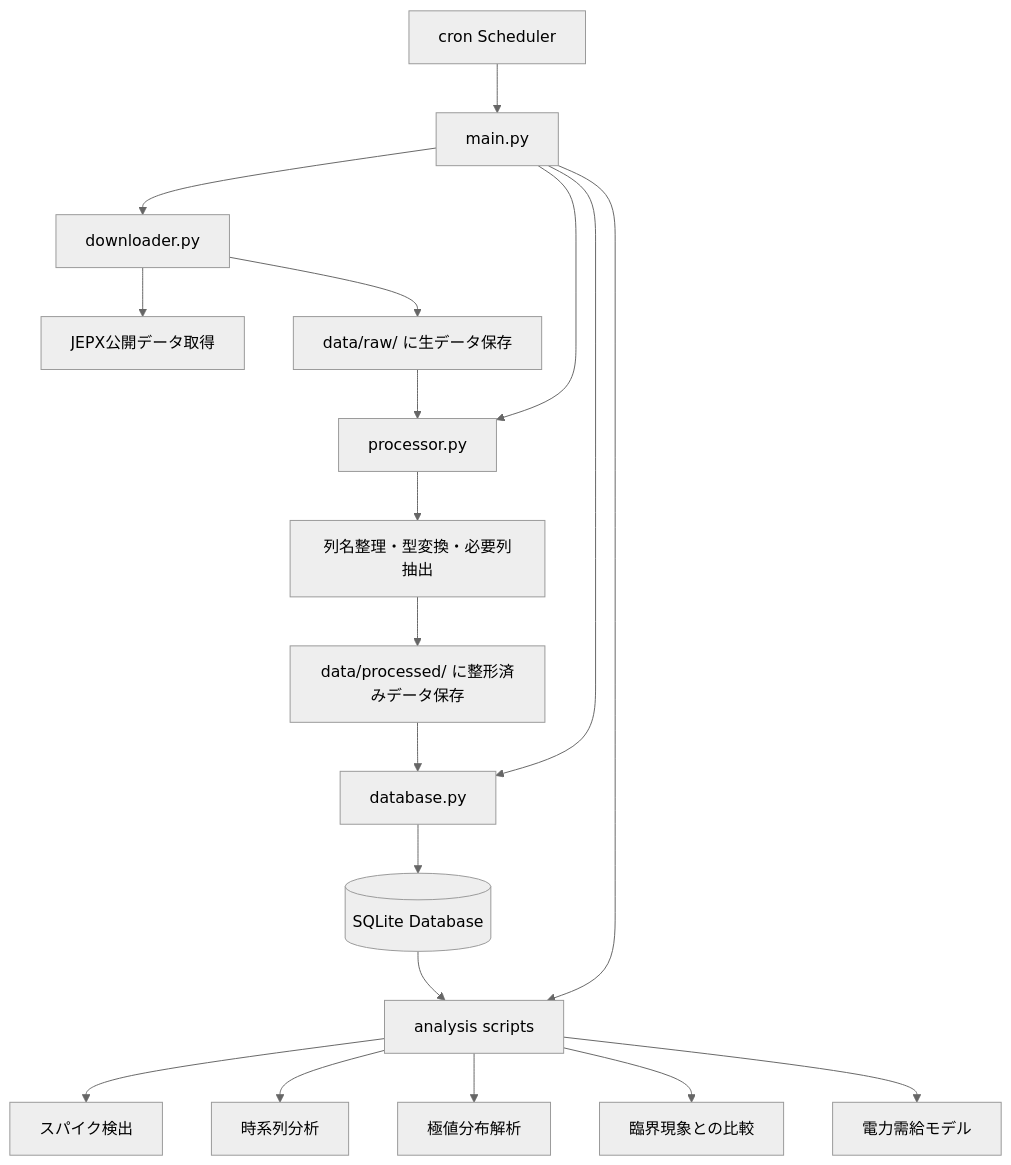
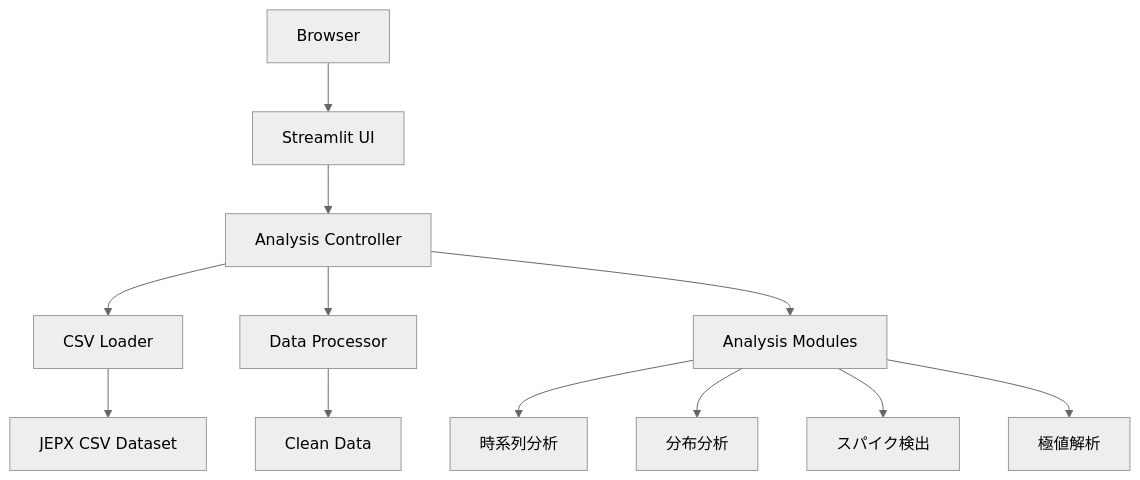
One commit to banzai80311315/jepx-data-analytics-platform changed the third of 9 diagrams in README.md. Above: the diagram before and after it, drawn with Mermaid (neutral theme). The commit also changed other lines of this file, not shown here.

````diff
--- a/README.md
+++ b/README.md
@@ -81,24 +95,19 @@
 ```mermaid
 flowchart TD
-    A[cron Scheduler] --> B[main.py]
-    B --> C[downloader.py]
-    C --> D[JEPX公開データ取得]
-    C --> E[data/raw/ に生データ保存]
+    A[Browser] --> B[Streamlit UI]
 
-    B --> F[processor.py]
-    E --> F
-    F --> G[列名整理・型変換・必要列抽出]
-    G --> H[data/processed/ に整形済みデータ保存]
+    B --> C[Analysis Controller]
 
-    B --> I[database.py]
-    H --> I
-    I --> J[(SQLite Database)]
+    C --> D[CSV Loader]
+    D --> E[JEPX CSV Dataset]
 
-    B --> K[analysis scripts]
-    J --> K
-    K --> L[スパイク検出]
-    K --> M[時系列分析]
-    K --> N[極値分布解析]
-    K --> O[臨界現象との比較]
-    K --> P[電力需給モデル]
+    C --> F[Data Processor]
+    F --> G[Clean Data]
+
+    C --> H[Analysis Modules]
+
+    H --> I[時系列分析]
+    H --> J[分布分析]
+    H --> K[スパイク検出]
+    H --> L[極値解析]
 ```
````
